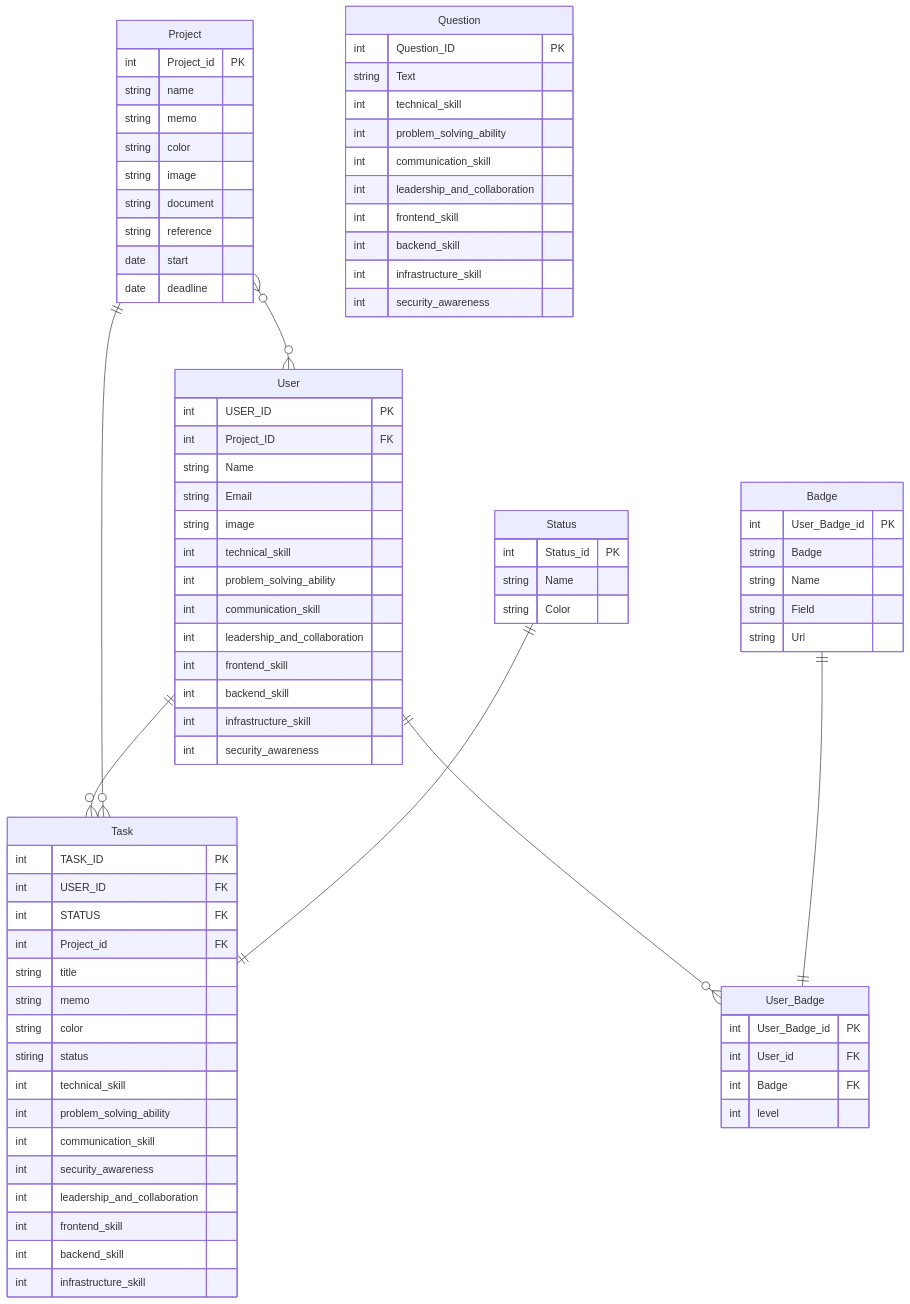
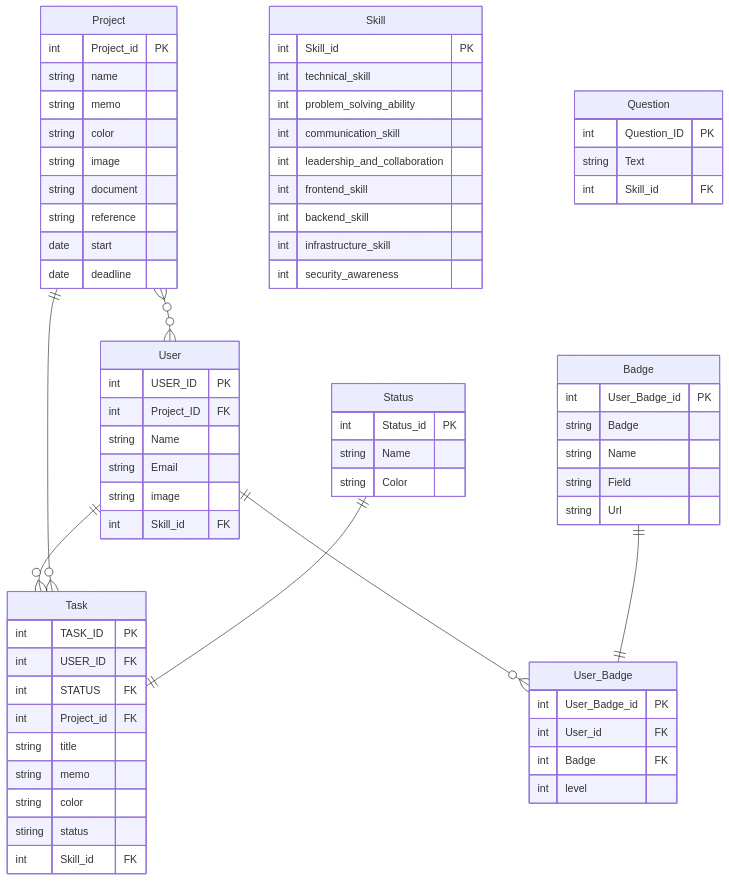
One commit to QWERTOP18/SKILL-MATCH-API-MONGO changed the diagram in README.md. Above: the diagram before and after it, drawn with Mermaid. The commit also changed other lines of this file and 4 other files, not shown here.

````diff
--- a/README.md
+++ b/README.md
@@ -44,13 +44,8 @@
         date deadline
     }
 
-
-    User {
-        int USER_ID PK
-        int Project_ID FK
-        string Name
-        string Email
-        string image
+    Skill {
+        int Skill_id PK
         int technical_skill
         int problem_solving_ability
         int communication_skill
@@ -59,6 +54,16 @@
         int backend_skill
         int infrastructure_skill
         int security_awareness
+    }
+
+
+    User {
+        int USER_ID PK
+        int Project_ID FK
+        string Name
+        string Email
+        string image
+        int Skill_id FK
     }
 
     Task {
@@ -70,20 +75,7 @@
         string memo
         string color
         stiring status
-        int technical_skill
-        int problem_solving_ability
-        int communication_skill
-        int security_awareness
-        int leadership_and_collaboration
-        int frontend_skill
-        int backend_skill
-        int infrastructure_skill
-    }
-
-    Status {
-        int Status_id PK
-        string Name
-        string Color
+        int Skill_id FK
     }
 
     Badge {
@@ -104,13 +96,12 @@
     Question {
         int Question_ID PK
         string Text
-        int technical_skill
-        int problem_solving_ability
-        int communication_skill
-        int leadership_and_collaboration
-        int frontend_skill
-        int backend_skill
-        int infrastructure_skill
-        int security_awareness
+        int Skill_id FK
+    }
+
+     Status {
+        int Status_id PK
+        string Name
+        string Color
     }
 ```
````
